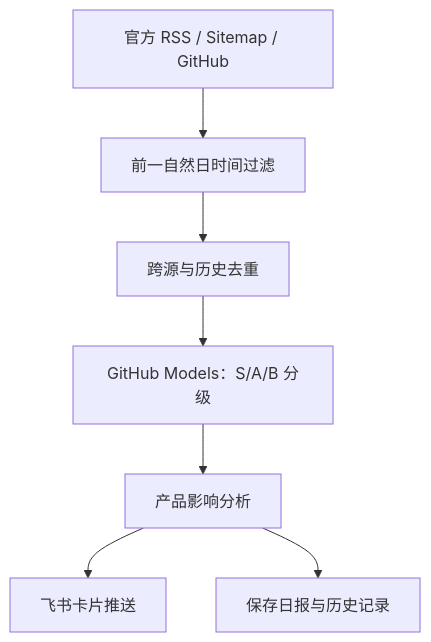
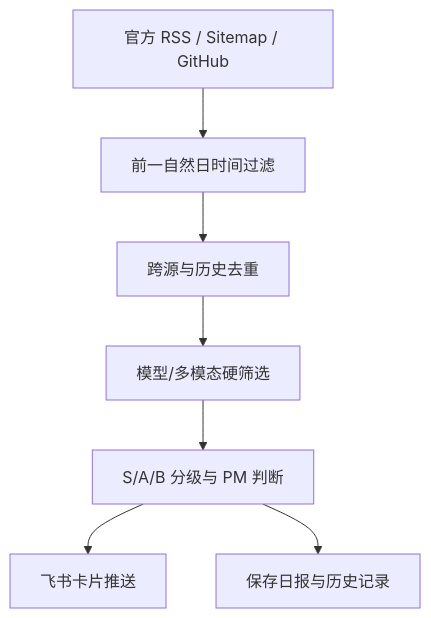
One commit to 2735298908-dev/AIan changed the diagram in README.md. Above: the diagram before and after it, drawn with Mermaid. The commit also changed other lines of this file and 4 other files, not shown here.

````diff
--- a/README.md
+++ b/README.md
@@ -18,9 +19,9 @@
 ```mermaid
 flowchart TD
     A["官方 RSS / Sitemap / GitHub"] --> B["前一自然日时间过滤"]
     B --> C["跨源与历史去重"]
-    C --> D["GitHub Models：S/A/B 分级"]
-    D --> E["产品影响分析"]
+    C --> D["模型/多模态硬筛选"]
+    D --> E["S/A/B 分级与 PM 判断"]
     E --> F["飞书卡片推送"]
     E --> G["保存日报与历史记录"]
 ```
````
